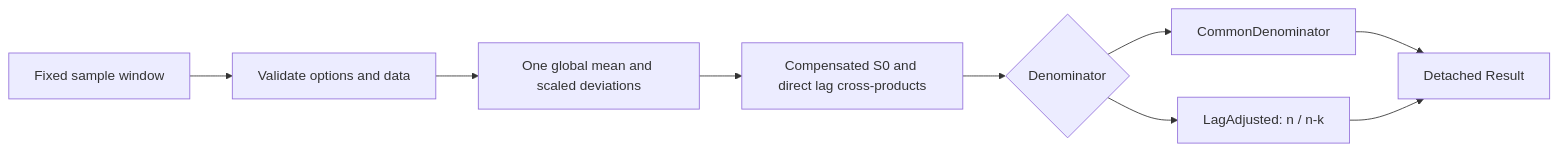
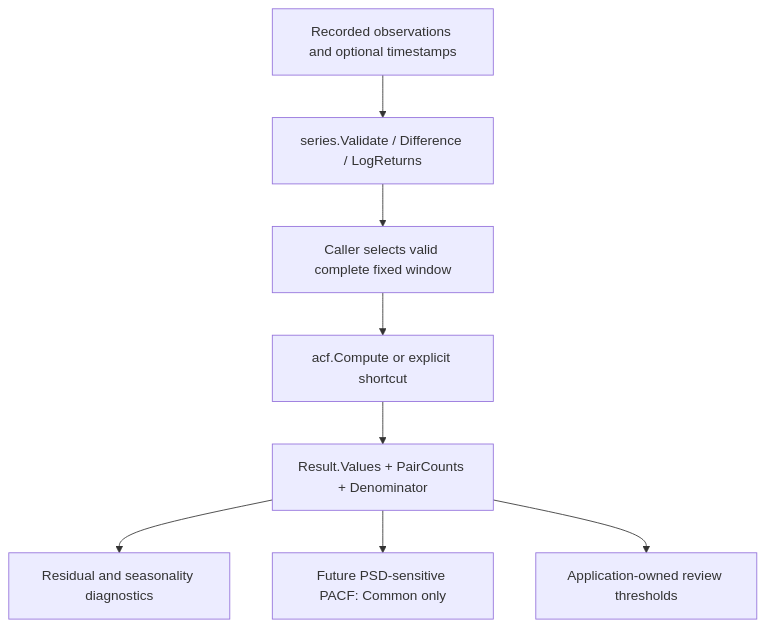
One commit to lvlath/go changed the diagram in docs/ACF.md. Above: the diagram before and after it, drawn with Mermaid. The commit also changed other lines of this file and 4 other files, not shown here.

````diff
--- a/docs/ACF.md
+++ b/docs/ACF.md
@@ -89,11 +582,10 @@
 ```mermaid
-flowchart LR
-  A[Fixed sample window] --> B[Validate options and data]
-  B --> C[One global mean and scaled deviations]
-  C --> D[Compensated S0 and direct lag cross-products]
-  D --> E{Denominator}
-  E --> F[CommonDenominator]
-  E --> G[LagAdjusted: n / n-k]
-  F --> H[Detached Result]
-  G --> H
+flowchart TD
+    A[Recorded observations and optional timestamps] --> B[series.Validate / Difference / LogReturns]
+    B --> C[Caller selects valid complete fixed window]
+    C --> D[acf.Compute or explicit shortcut]
+    D --> E[Result.Values + PairCounts + Denominator]
+    E --> F[Residual and seasonality diagnostics]
+    E --> G[Future PSD-sensitive PACF: Common only]
+    E --> H[Application-owned review thresholds]
 ```
````
